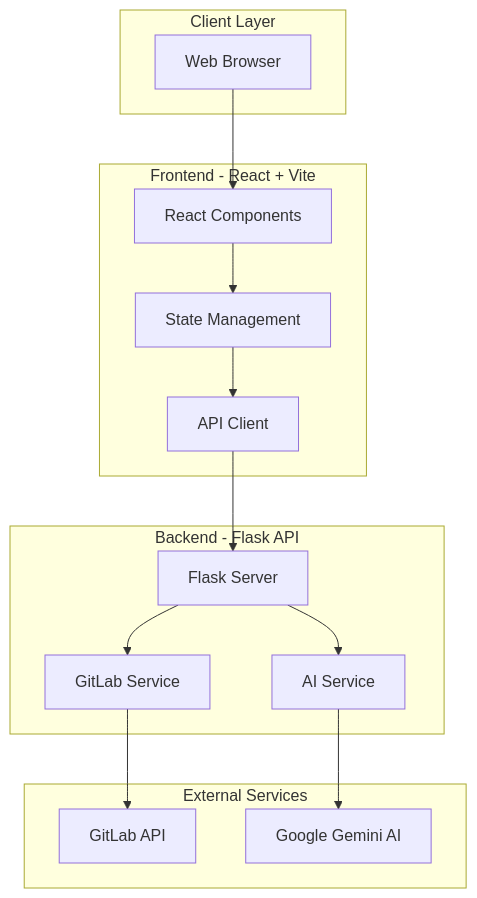
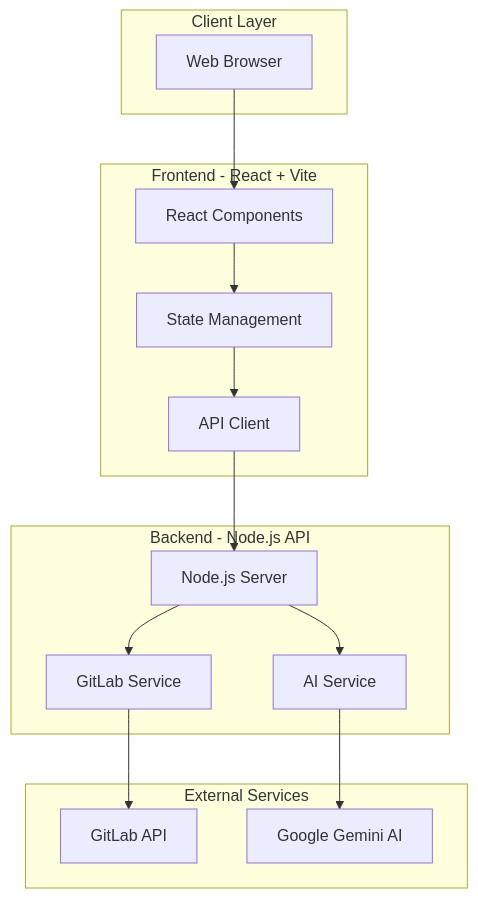
The first of 3 diagrams in ARCHITECTURE.md (chitreshsharma001/codelens-ai), drawn with Mermaid before and after one commit. The commit also changed other lines of this file and 25 other files, not shown here.

````diff
--- a/ARCHITECTURE.md
+++ b/ARCHITECTURE.md
@@ -6,32 +6,32 @@
 ```mermaid
 graph TB
     subgraph "Client Layer"
         A[Web Browser]
     end
     
     subgraph "Frontend - React + Vite"
         B[React Components]
         C[State Management]
         D[API Client]
     end
     
-    subgraph "Backend - Flask API"
-        E[Flask Server]
+    subgraph "Backend - Node.js API"
+        E[Node.js Server]
         F[GitLab Service]
         G[AI Service]
     end
     
     subgraph "External Services"
         H[GitLab API]
         I[Google Gemini AI]
     end
     
     A --> B
     B --> C
     C --> D
     D --> E
     E --> F
     E --> G
     F --> H
     G --> I
 ```
````
